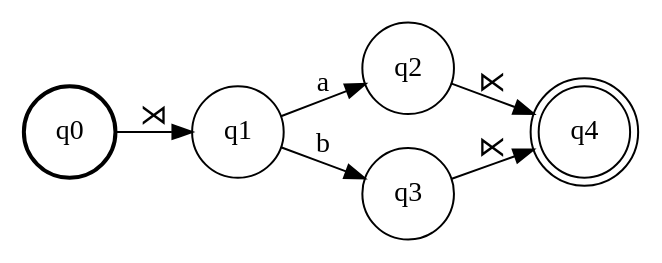
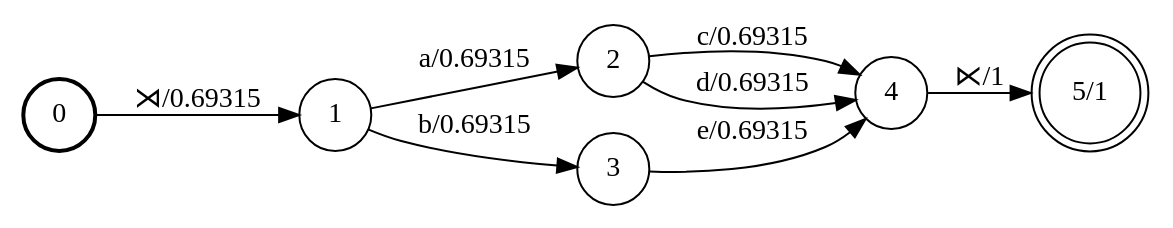
One commit to colincwilson/wynini changed the diagram in demo/M.dot. Above: the diagram before and after it, drawn with Graphviz. The commit also changed 3 other files, not shown here.

```diff
--- a/demo/M.dot
+++ b/demo/M.dot
@@ -1,18 +1,21 @@
 digraph FST {
 rankdir = LR;
 size = "8.5,11";
 center = 1;
 orientation = Portrait;
 ranksep = "0.4";
 nodesep = "0.25";
-0 [label = "q0", shape = circle, style = bold, fontsize = 14]
-	0 -> 1 [label = "⋊", fontsize = 14];
-1 [label = "q1", shape = circle, style = solid, fontsize = 14]
-	1 -> 2 [label = "a", fontsize = 14];
-	1 -> 3 [label = "b", fontsize = 14];
-2 [label = "q2", shape = circle, style = solid, fontsize = 14]
-	2 -> 4 [label = "⋉", fontsize = 14];
-3 [label = "q3", shape = circle, style = solid, fontsize = 14]
-	3 -> 4 [label = "⋉", fontsize = 14];
-4 [label = "q4", shape = doublecircle, style = solid, fontsize = 14]
+0 [label = "0", shape = circle, style = bold, fontsize = 14]
+	0 -> 1 [label = "⋊/0.69315", fontsize = 14];
+1 [label = "1", shape = circle, style = solid, fontsize = 14]
+	1 -> 2 [label = "a/0.69315", fontsize = 14];
+	1 -> 3 [label = "b/0.69315", fontsize = 14];
+2 [label = "2", shape = circle, style = solid, fontsize = 14]
+	2 -> 4 [label = "c/0.69315", fontsize = 14];
+	2 -> 4 [label = "d/0.69315", fontsize = 14];
+3 [label = "3", shape = circle, style = solid, fontsize = 14]
+	3 -> 4 [label = "e/0.69315", fontsize = 14];
+4 [label = "4", shape = circle, style = solid, fontsize = 14]
+	4 -> 5 [label = "⋉/1", fontsize = 14];
+5 [label = "5/1", shape = doublecircle, style = solid, fontsize = 14]
 }
```
